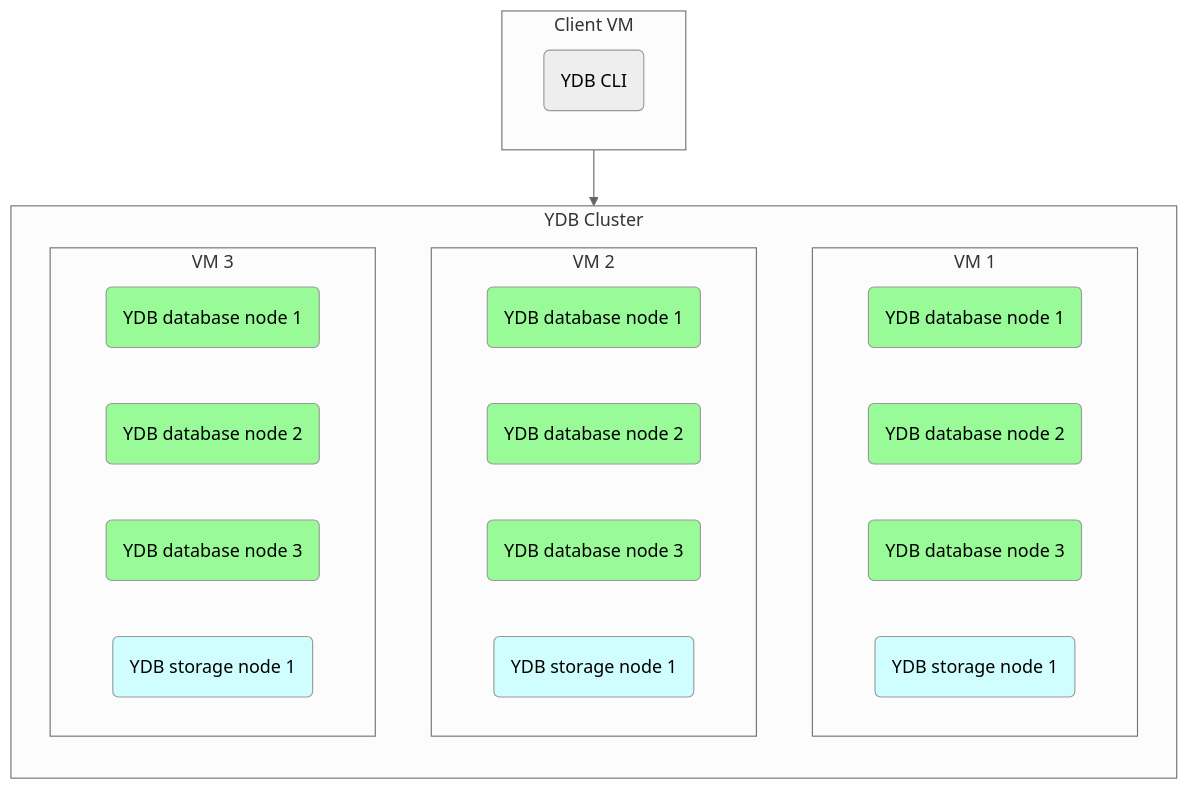
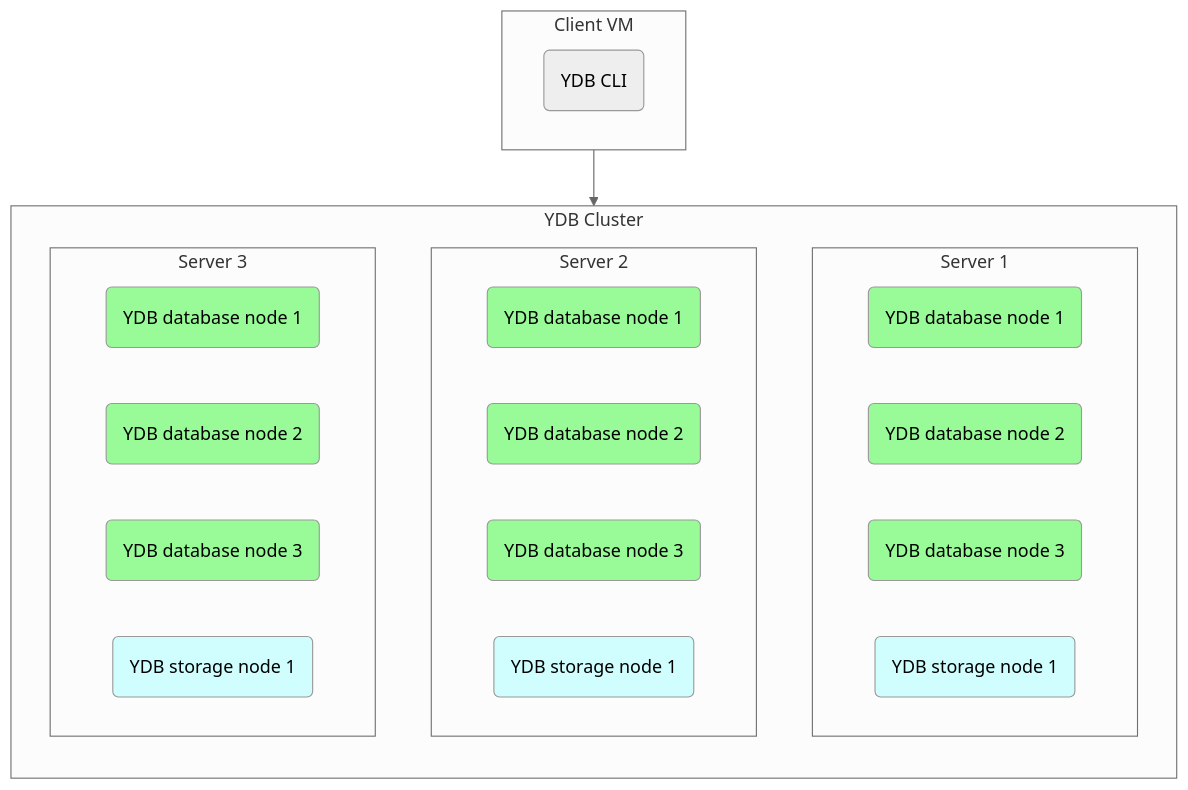
Before and after one commit to ydb-platform/ydb: the diagram in ydb/docs/en/core/troubleshooting/examples/schemas/overloaded-shard-1.md, drawn with Mermaid (neutral theme). The commit also changed other lines of this file and 1 other file, not shown here.

````diff
--- a/ydb/docs/en/core/troubleshooting/examples/schemas/overloaded-shard-1.md
+++ b/ydb/docs/en/core/troubleshooting/examples/schemas/overloaded-shard-1.md
@@ -225,36 +225,36 @@
 ```mermaid
 flowchart
 
 subgraph client[Client VM]
     cli(YDB CLI)
 end
 
 client-->cluster
 
 subgraph cluster["YDB Cluster"]
     direction TB
-    subgraph VM1["VM 1"]
+    subgraph S1["Server 1"]
         node1(YDB database node 1)
         node2(YDB database node 2)
         node3(YDB database node 3)
         node4(YDB storage node 1)
     end
-    subgraph VM2["VM 2"]
+    subgraph S2["Server 2"]
         node5(YDB database node 1)
         node6(YDB database node 2)
         node7(YDB database node 3)
         node8(YDB storage node 1)
     end
-    subgraph VM3["VM 3"]
+    subgraph S3["Server 3"]
         node9(YDB database node 1)
         node10(YDB database node 2)
         node11(YDB database node 3)
         node12(YDB storage node 1)
     end
 end
 
 classDef storage-node fill:#D0FEFE
 classDef database-node fill:#98FB98
 class node4,node8,node12 storage-node
 class node1,node2,node3,node5,node6,node7,node9,node10,node11 database-node
 ```
````
